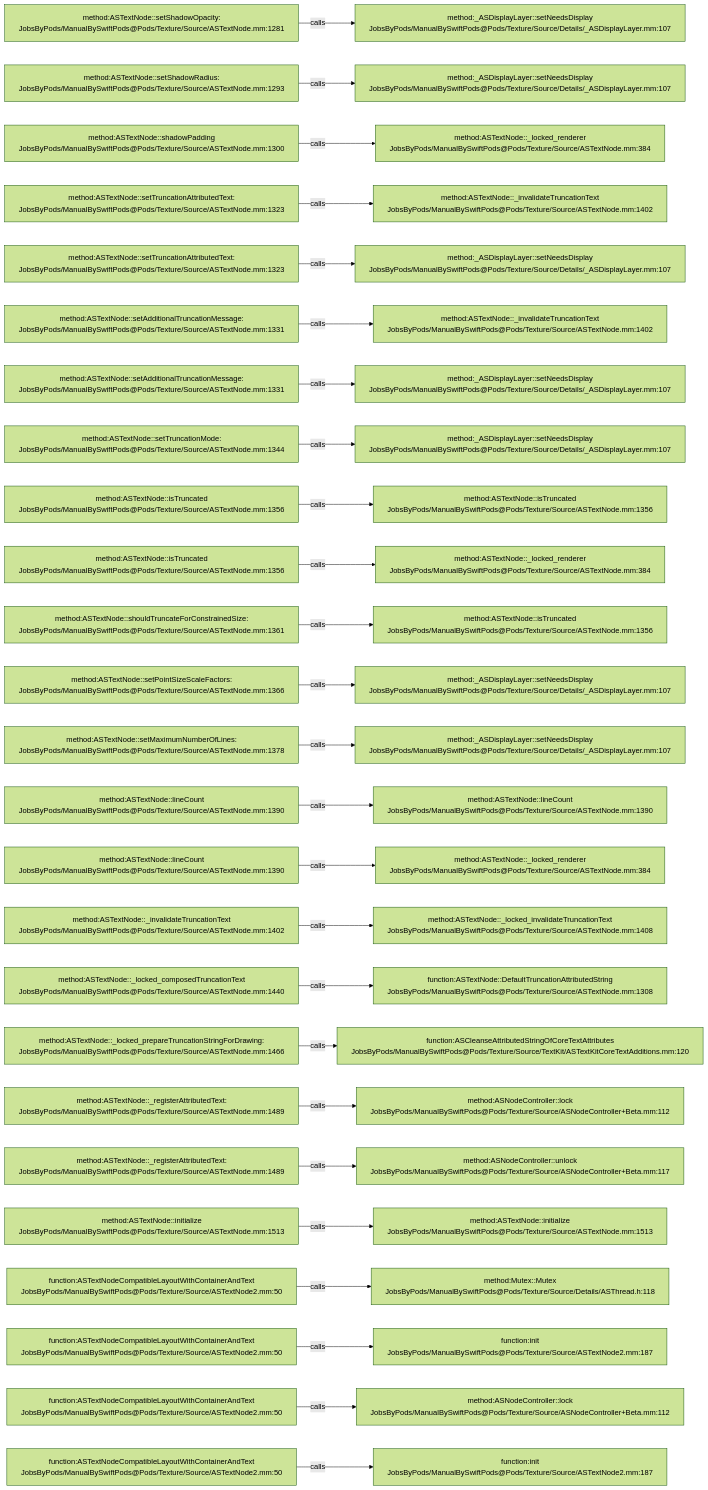
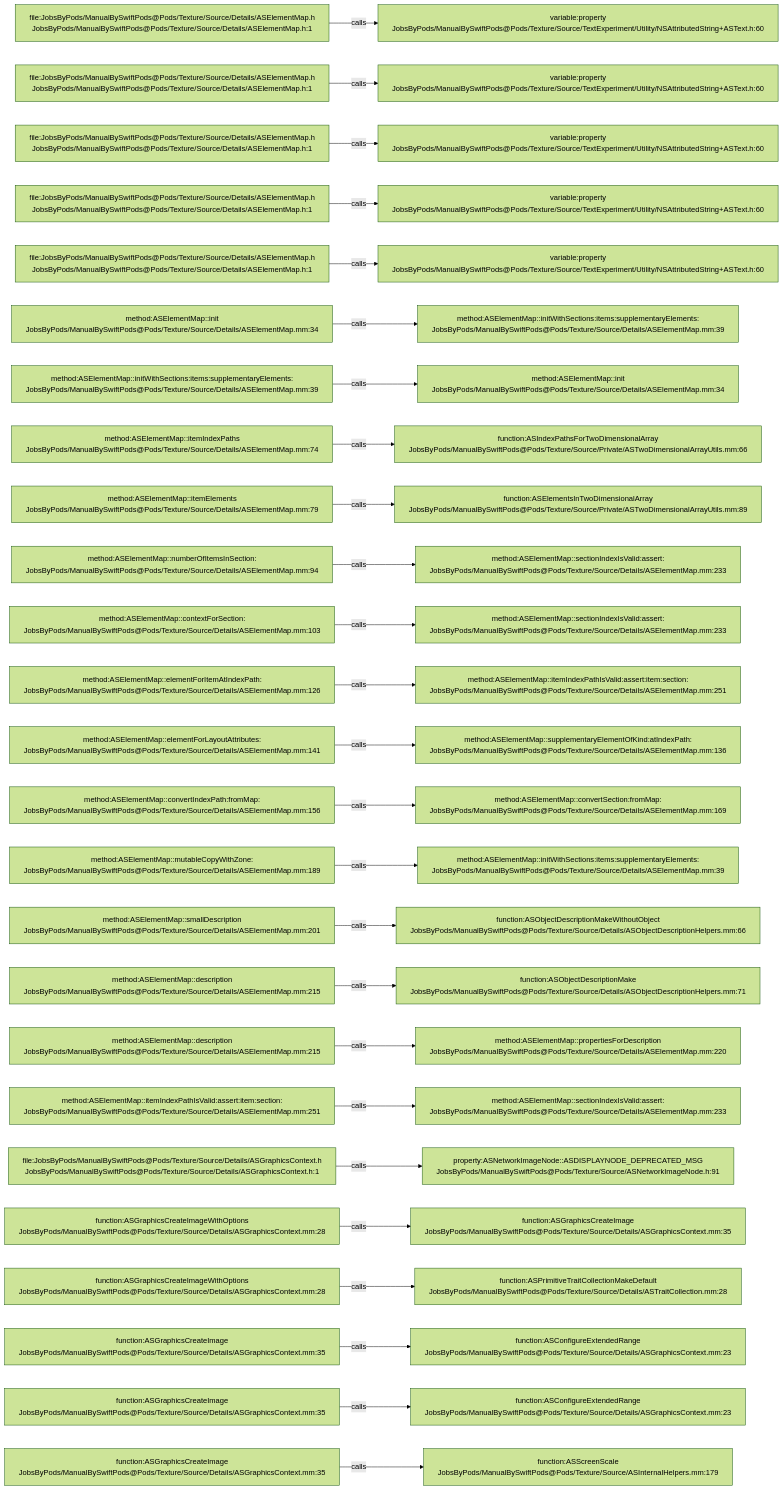
The diagram in .codegraph/codegraph.md/graphs/calls-088.md (JobsKits/JobsSwiftBaseConfigDemo), drawn with Mermaid (forest theme) before and after one commit. The commit also changed 832 other files, not shown here.

````diff
--- a/.codegraph/codegraph.md/graphs/calls-088.md
+++ b/.codegraph/codegraph.md/graphs/calls-088.md
@@ -13,78 +13,78 @@
 ```mermaid
 flowchart LR
-  S1["method:ASTextNode::setShadowOpacity:<br/>JobsByPods/ManualBySwiftPods@Pods/Texture/Source/ASTextNode.mm:1281"]
-  T1["method:_ASDisplayLayer::setNeedsDisplay<br/>JobsByPods/ManualBySwiftPods@Pods/Texture/Source/Details/_ASDisplayLayer.mm:107"]
+  S1["file:JobsByPods/ManualBySwiftPods@Pods/Texture/Source/Details/ASElementMap.h<br/>JobsByPods/ManualBySwiftPods@Pods/Texture/Source/Details/ASElementMap.h:1"]
+  T1["variable:property<br/>JobsByPods/ManualBySwiftPods@Pods/Texture/Source/TextExperiment/Utility/NSAttributedString+ASText.h:60"]
   S1 -->|calls| T1
-  S2["method:ASTextNode::setShadowRadius:<br/>JobsByPods/ManualBySwiftPods@Pods/Texture/Source/ASTextNode.mm:1293"]
-  T2["method:_ASDisplayLayer::setNeedsDisplay<br/>JobsByPods/ManualBySwiftPods@Pods/Texture/Source/Details/_ASDisplayLayer.mm:107"]
+  S2["file:JobsByPods/ManualBySwiftPods@Pods/Texture/Source/Details/ASElementMap.h<br/>JobsByPods/ManualBySwiftPods@Pods/Texture/Source/Details/ASElementMap.h:1"]
+  T2["variable:property<br/>JobsByPods/ManualBySwiftPods@Pods/Texture/Source/TextExperiment/Utility/NSAttributedString+ASText.h:60"]
   S2 -->|calls| T2
-  S3["method:ASTextNode::shadowPadding<br/>JobsByPods/ManualBySwiftPods@Pods/Texture/Source/ASTextNode.mm:1300"]
-  T3["method:ASTextNode::_locked_renderer<br/>JobsByPods/ManualBySwiftPods@Pods/Texture/Source/ASTextNode.mm:384"]
+  S3["file:JobsByPods/ManualBySwiftPods@Pods/Texture/Source/Details/ASElementMap.h<br/>JobsByPods/ManualBySwiftPods@Pods/Texture/Source/Details/ASElementMap.h:1"]
+  T3["variable:property<br/>JobsByPods/ManualBySwiftPods@Pods/Texture/Source/TextExperiment/Utility/NSAttributedString+ASText.h:60"]
   S3 -->|calls| T3
-  S4["method:ASTextNode::setTruncationAttributedText:<br/>JobsByPods/ManualBySwiftPods@Pods/Texture/Source/ASTextNode.mm:1323"]
-  T4["method:ASTextNode::_invalidateTruncationText<br/>JobsByPods/ManualBySwiftPods@Pods/Texture/Source/ASTextNode.mm:1402"]
+  S4["file:JobsByPods/ManualBySwiftPods@Pods/Texture/Source/Details/ASElementMap.h<br/>JobsByPods/ManualBySwiftPods@Pods/Texture/Source/Details/ASElementMap.h:1"]
+  T4["variable:property<br/>JobsByPods/ManualBySwiftPods@Pods/Texture/Source/TextExperiment/Utility/NSAttributedString+ASText.h:60"]
   S4 -->|calls| T4
-  S5["method:ASTextNode::setTruncationAttributedText:<br/>JobsByPods/ManualBySwiftPods@Pods/Texture/Source/ASTextNode.mm:1323"]
-  T5["method:_ASDisplayLayer::setNeedsDisplay<br/>JobsByPods/ManualBySwiftPods@Pods/Texture/Source/Details/_ASDisplayLayer.mm:107"]
+  S5["file:JobsByPods/ManualBySwiftPods@Pods/Texture/Source/Details/ASElementMap.h<br/>JobsByPods/ManualBySwiftPods@Pods/Texture/Source/Details/ASElementMap.h:1"]
+  T5["variable:property<br/>JobsByPods/ManualBySwiftPods@Pods/Texture/Source/TextExperiment/Utility/NSAttributedString+ASText.h:60"]
   S5 -->|calls| T5
-  S6["method:ASTextNode::setAdditionalTruncationMessage:<br/>JobsByPods/ManualBySwiftPods@Pods/Texture/Source/ASTextNode.mm:1331"]
-  T6["method:ASTextNode::_invalidateTruncationText<br/>JobsByPods/ManualBySwiftPods@Pods/Texture/Source/ASTextNode.mm:1402"]
+  S6["method:ASElementMap::init<br/>JobsByPods/ManualBySwiftPods@Pods/Texture/Source/Details/ASElementMap.mm:34"]
+  T6["method:ASElementMap::initWithSections:items:supplementaryElements:<br/>JobsByPods/ManualBySwiftPods@Pods/Texture/Source/Details/ASElementMap.mm:39"]
   S6 -->|calls| T6
-  S7["method:ASTextNode::setAdditionalTruncationMessage:<br/>JobsByPods/ManualBySwiftPods@Pods/Texture/Source/ASTextNode.mm:1331"]
-  T7["method:_ASDisplayLayer::setNeedsDisplay<br/>JobsByPods/ManualBySwiftPods@Pods/Texture/Source/Details/_ASDisplayLayer.mm:107"]
+  S7["method:ASElementMap::initWithSections:items:supplementaryElements:<br/>JobsByPods/ManualBySwiftPods@Pods/Texture/Source/Details/ASElementMap.mm:39"]
+  T7["method:ASElementMap::init<br/>JobsByPods/ManualBySwiftPods@Pods/Texture/Source/Details/ASElementMap.mm:34"]
   S7 -->|calls| T7
-  S8["method:ASTextNode::setTruncationMode:<br/>JobsByPods/ManualBySwiftPods@Pods/Texture/Source/ASTextNode.mm:1344"]
-  T8["method:_ASDisplayLayer::setNeedsDisplay<br/>JobsByPods/ManualBySwiftPods@Pods/Texture/Source/Details/_ASDisplayLayer.mm:107"]
+  S8["method:ASElementMap::itemIndexPaths<br/>JobsByPods/ManualBySwiftPods@Pods/Texture/Source/Details/ASElementMap.mm:74"]
+  T8["function:ASIndexPathsForTwoDimensionalArray<br/>JobsByPods/ManualBySwiftPods@Pods/Texture/Source/Private/ASTwoDimensionalArrayUtils.mm:66"]
   S8 -->|calls| T8
-  S9["method:ASTextNode::isTruncated<br/>JobsByPods/ManualBySwiftPods@Pods/Texture/Source/ASTextNode.mm:1356"]
-  T9["method:ASTextNode::isTruncated<br/>JobsByPods/ManualBySwiftPods@Pods/Texture/Source/ASTextNode.mm:1356"]
+  S9["method:ASElementMap::itemElements<br/>JobsByPods/ManualBySwiftPods@Pods/Texture/Source/Details/ASElementMap.mm:79"]
+  T9["function:ASElementsInTwoDimensionalArray<br/>JobsByPods/ManualBySwiftPods@Pods/Texture/Source/Private/ASTwoDimensionalArrayUtils.mm:89"]
   S9 -->|calls| T9
-  S10["method:ASTextNode::isTruncated<br/>JobsByPods/ManualBySwiftPods@Pods/Texture/Source/ASTextNode.mm:1356"]
-  T10["method:ASTextNode::_locked_renderer<br/>JobsByPods/ManualBySwiftPods@Pods/Texture/Source/ASTextNode.mm:384"]
+  S10["method:ASElementMap::numberOfItemsInSection:<br/>JobsByPods/ManualBySwiftPods@Pods/Texture/Source/Details/ASElementMap.mm:94"]
+  T10["method:ASElementMap::sectionIndexIsValid:assert:<br/>JobsByPods/ManualBySwiftPods@Pods/Texture/Source/Details/ASElementMap.mm:233"]
   S10 -->|calls| T10
-  S11["method:ASTextNode::shouldTruncateForConstrainedSize:<br/>JobsByPods/ManualBySwiftPods@Pods/Texture/Source/ASTextNode.mm:1361"]
-  T11["method:ASTextNode::isTruncated<br/>JobsByPods/ManualBySwiftPods@Pods/Texture/Source/ASTextNode.mm:1356"]
+  S11["method:ASElementMap::contextForSection:<br/>JobsByPods/ManualBySwiftPods@Pods/Texture/Source/Details/ASElementMap.mm:103"]
+  T11["method:ASElementMap::sectionIndexIsValid:assert:<br/>JobsByPods/ManualBySwiftPods@Pods/Texture/Source/Details/ASElementMap.mm:233"]
   S11 -->|calls| T11
-  S12["method:ASTextNode::setPointSizeScaleFactors:<br/>JobsByPods/ManualBySwiftPods@Pods/Texture/Source/ASTextNode.mm:1366"]
-  T12["method:_ASDisplayLayer::setNeedsDisplay<br/>JobsByPods/ManualBySwiftPods@Pods/Texture/Source/Details/_ASDisplayLayer.mm:107"]
+  S12["method:ASElementMap::elementForItemAtIndexPath:<br/>JobsByPods/ManualBySwiftPods@Pods/Texture/Source/Details/ASElementMap.mm:126"]
+  T12["method:ASElementMap::itemIndexPathIsValid:assert:item:section:<br/>JobsByPods/ManualBySwiftPods@Pods/Texture/Source/Details/ASElementMap.mm:251"]
   S12 -->|calls| T12
-  S13["method:ASTextNode::setMaximumNumberOfLines:<br/>JobsByPods/ManualBySwiftPods@Pods/Texture/Source/ASTextNode.mm:1378"]
-  T13["method:_ASDisplayLayer::setNeedsDisplay<br/>JobsByPods/ManualBySwiftPods@Pods/Texture/Source/Details/_ASDisplayLayer.mm:107"]
+  S13["method:ASElementMap::elementForLayoutAttributes:<br/>JobsByPods/ManualBySwiftPods@Pods/Texture/Source/Details/ASElementMap.mm:141"]
+  T13["method:ASElementMap::supplementaryElementOfKind:atIndexPath:<br/>JobsByPods/ManualBySwiftPods@Pods/Texture/Source/Details/ASElementMap.mm:136"]
   S13 -->|calls| T13
-  S14["method:ASTextNode::lineCount<br/>JobsByPods/ManualBySwiftPods@Pods/Texture/Source/ASTextNode.mm:1390"]
-  T14["method:ASTextNode::lineCount<br/>JobsByPods/ManualBySwiftPods@Pods/Texture/Source/ASTextNode.mm:1390"]
+  S14["method:ASElementMap::convertIndexPath:fromMap:<br/>JobsByPods/ManualBySwiftPods@Pods/Texture/Source/Details/ASElementMap.mm:156"]
+  T14["method:ASElementMap::convertSection:fromMap:<br/>JobsByPods/ManualBySwiftPods@Pods/Texture/Source/Details/ASElementMap.mm:169"]
   S14 -->|calls| T14
-  S15["method:ASTextNode::lineCount<br/>JobsByPods/ManualBySwiftPods@Pods/Texture/Source/ASTextNode.mm:1390"]
-  T15["method:ASTextNode::_locked_renderer<br/>JobsByPods/ManualBySwiftPods@Pods/Texture/Source/ASTextNode.mm:384"]
+  S15["method:ASElementMap::mutableCopyWithZone:<br/>JobsByPods/ManualBySwiftPods@Pods/Texture/Source/Details/ASElementMap.mm:189"]
+  T15["method:ASElementMap::initWithSections:items:supplementaryElements:<br/>JobsByPods/ManualBySwiftPods@Pods/Texture/Source/Details/ASElementMap.mm:39"]
   S15 -->|calls| T15
-  S16["method:ASTextNode::_invalidateTruncationText<br/>JobsByPods/ManualBySwiftPods@Pods/Texture/Source/ASTextNode.mm:1402"]
-  T16["method:ASTextNode::_locked_invalidateTruncationText<br/>JobsByPods/ManualBySwiftPods@Pods/Texture/Source/ASTextNode.mm:1408"]
+  S16["method:ASElementMap::smallDescription<br/>JobsByPods/ManualBySwiftPods@Pods/Texture/Source/Details/ASElementMap.mm:201"]
+  T16["function:ASObjectDescriptionMakeWithoutObject<br/>JobsByPods/ManualBySwiftPods@Pods/Texture/Source/Details/ASObjectDescriptionHelpers.mm:66"]
   S16 -->|calls| T16
-  S17["method:ASTextNode::_locked_composedTruncationText<br/>JobsByPods/ManualBySwiftPods@Pods/Texture/Source/ASTextNode.mm:1440"]
-  T17["function:ASTextNode::DefaultTruncationAttributedString<br/>JobsByPods/ManualBySwiftPods@Pods/Texture/Source/ASTextNode.mm:1308"]
+  S17["method:ASElementMap::description<br/>JobsByPods/ManualBySwiftPods@Pods/Texture/Source/Details/ASElementMap.mm:215"]
+  T17["function:ASObjectDescriptionMake<br/>JobsByPods/ManualBySwiftPods@Pods/Texture/Source/Details/ASObjectDescriptionHelpers.mm:71"]
   S17 -->|calls| T17
-  S18["method:ASTextNode::_locked_prepareTruncationStringForDrawing:<br/>JobsByPods/ManualBySwiftPods@Pods/Texture/Source/ASTextNode.mm:1466"]
-  T18["function:ASCleanseAttributedStringOfCoreTextAttributes<br/>JobsByPods/ManualBySwiftPods@Pods/Texture/Source/TextKit/ASTextKitCoreTextAdditions.mm:120"]
+  S18["method:ASElementMap::description<br/>JobsByPods/ManualBySwiftPods@Pods/Texture/Source/Details/ASElementMap.mm:215"]
+  T18["method:ASElementMap::propertiesForDescription<br/>JobsByPods/ManualBySwiftPods@Pods/Texture/Source/Details/ASElementMap.mm:220"]
   S18 -->|calls| T18
-  S19["method:ASTextNode::_registerAttributedText:<br/>JobsByPods/ManualBySwiftPods@Pods/Texture/Source/ASTextNode.mm:1489"]
-  T19["method:ASNodeController::lock<br/>JobsByPods/ManualBySwiftPods@Pods/Texture/Source/ASNodeController+Beta.mm:112"]
+  S19["method:ASElementMap::itemIndexPathIsValid:assert:item:section:<br/>JobsByPods/ManualBySwiftPods@Pods/Texture/Source/Details/ASElementMap.mm:251"]
+  T19["method:ASElementMap::sectionIndexIsValid:assert:<br/>JobsByPods/ManualBySwiftPods@Pods/Texture/Source/Details/ASElementMap.mm:233"]
   S19 -->|calls| T19
-  S20["method:ASTextNode::_registerAttributedText:<br/>JobsByPods/ManualBySwiftPods@Pods/Texture/Source/ASTextNode.mm:1489"]
-  T20["method:ASNodeController::unlock<br/>JobsByPods/ManualBySwiftPods@Pods/Texture/Source/ASNodeController+Beta.mm:117"]
+  S20["file:JobsByPods/ManualBySwiftPods@Pods/Texture/Source/Details/ASGraphicsContext.h<br/>JobsByPods/ManualBySwiftPods@Pods/Texture/Source/Details/ASGraphicsContext.h:1"]
+  T20["property:ASNetworkImageNode::ASDISPLAYNODE_DEPRECATED_MSG<br/>JobsByPods/ManualBySwiftPods@Pods/Texture/Source/ASNetworkImageNode.h:91"]
   S20 -->|calls| T20
-  S21["method:ASTextNode::initialize<br/>JobsByPods/ManualBySwiftPods@Pods/Texture/Source/ASTextNode.mm:1513"]
-  T21["method:ASTextNode::initialize<br/>JobsByPods/ManualBySwiftPods@Pods/Texture/Source/ASTextNode.mm:1513"]
+  S21["function:ASGraphicsCreateImageWithOptions<br/>JobsByPods/ManualBySwiftPods@Pods/Texture/Source/Details/ASGraphicsContext.mm:28"]
+  T21["function:ASGraphicsCreateImage<br/>JobsByPods/ManualBySwiftPods@Pods/Texture/Source/Details/ASGraphicsContext.mm:35"]
   S21 -->|calls| T21
-  S22["function:ASTextNodeCompatibleLayoutWithContainerAndText<br/>JobsByPods/ManualBySwiftPods@Pods/Texture/Source/ASTextNode2.mm:50"]
-  T22["method:Mutex::Mutex<br/>JobsByPods/ManualBySwiftPods@Pods/Texture/Source/Details/ASThread.h:118"]
+  S22["function:ASGraphicsCreateImageWithOptions<br/>JobsByPods/ManualBySwiftPods@Pods/Texture/Source/Details/ASGraphicsContext.mm:28"]
+  T22["function:ASPrimitiveTraitCollectionMakeDefault<br/>JobsByPods/ManualBySwiftPods@Pods/Texture/Source/Details/ASTraitCollection.mm:28"]
   S22 -->|calls| T22
-  S23["function:ASTextNodeCompatibleLayoutWithContainerAndText<br/>JobsByPods/ManualBySwiftPods@Pods/Texture/Source/ASTextNode2.mm:50"]
-  T23["function:init<br/>JobsByPods/ManualBySwiftPods@Pods/Texture/Source/ASTextNode2.mm:187"]
+  S23["function:ASGraphicsCreateImage<br/>JobsByPods/ManualBySwiftPods@Pods/Texture/Source/Details/ASGraphicsContext.mm:35"]
+  T23["function:ASConfigureExtendedRange<br/>JobsByPods/ManualBySwiftPods@Pods/Texture/Source/Details/ASGraphicsContext.mm:23"]
   S23 -->|calls| T23
-  S24["function:ASTextNodeCompatibleLayoutWithContainerAndText<br/>JobsByPods/ManualBySwiftPods@Pods/Texture/Source/ASTextNode2.mm:50"]
-  T24["method:ASNodeController::lock<br/>JobsByPods/ManualBySwiftPods@Pods/Texture/Source/ASNodeController+Beta.mm:112"]
+  S24["function:ASGraphicsCreateImage<br/>JobsByPods/ManualBySwiftPods@Pods/Texture/Source/Details/ASGraphicsContext.mm:35"]
+  T24["function:ASConfigureExtendedRange<br/>JobsByPods/ManualBySwiftPods@Pods/Texture/Source/Details/ASGraphicsContext.mm:23"]
   S24 -->|calls| T24
-  S25["function:ASTextNodeCompatibleLayoutWithContainerAndText<br/>JobsByPods/ManualBySwiftPods@Pods/Texture/Source/ASTextNode2.mm:50"]
-  T25["function:init<br/>JobsByPods/ManualBySwiftPods@Pods/Texture/Source/ASTextNode2.mm:187"]
+  S25["function:ASGraphicsCreateImage<br/>JobsByPods/ManualBySwiftPods@Pods/Texture/Source/Details/ASGraphicsContext.mm:35"]
+  T25["function:ASScreenScale<br/>JobsByPods/ManualBySwiftPods@Pods/Texture/Source/ASInternalHelpers.mm:179"]
   S25 -->|calls| T25
 ```
````
